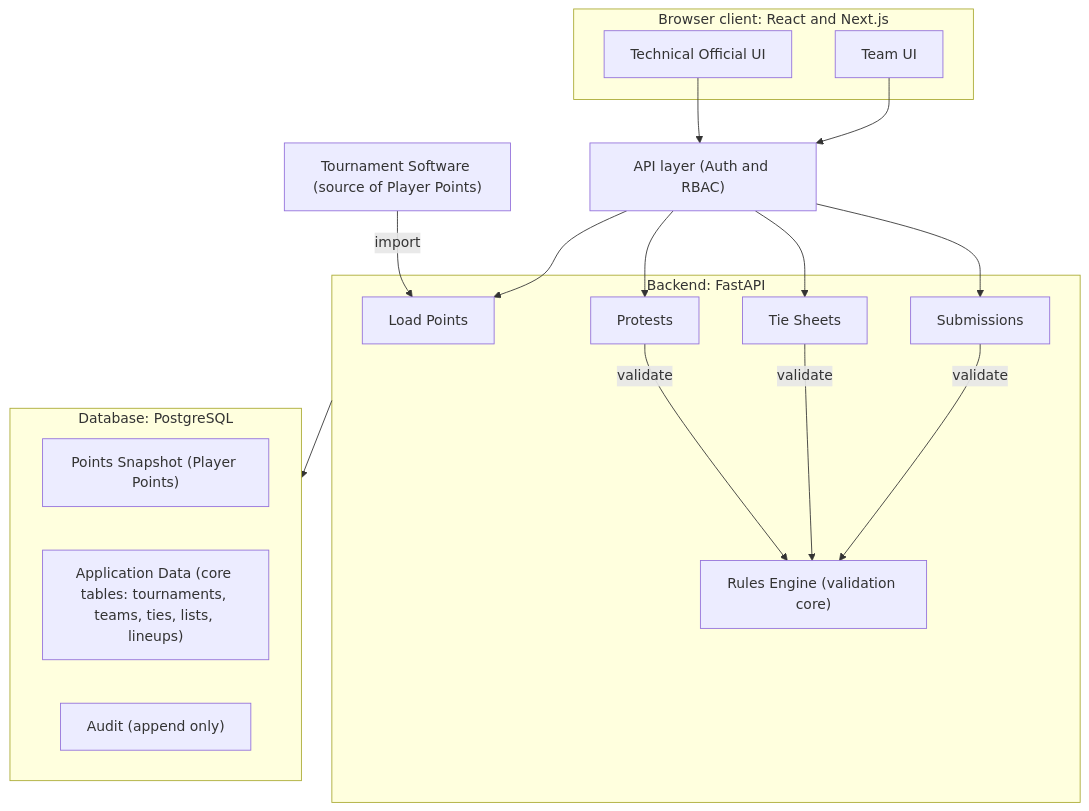
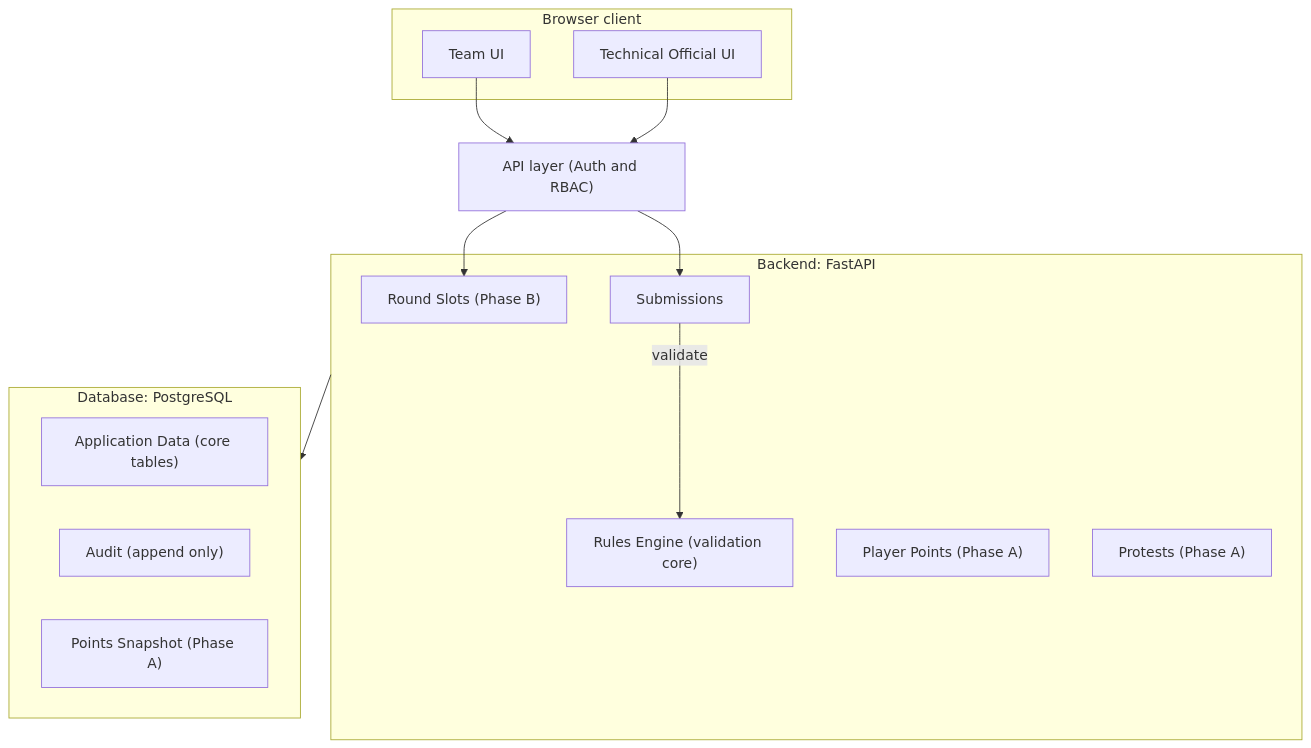
Before and after one commit to vincenttao04/badminton-nz-teams-be: the second of 6 diagrams in docs/technical.md, drawn with Mermaid. The commit also changed other lines of this file and 6 other files, not shown here.

````diff
--- a/docs/technical.md
+++ b/docs/technical.md
@@ -55,37 +59,30 @@
 ```mermaid
 flowchart TD
-    subgraph Client["Browser client: React and Next.js"]
+    subgraph Client["Browser client"]
         TUI["Team UI"]
         OUI["Technical Official UI"]
     end
 
     API["API layer (Auth and RBAC)"]
 
-    TS["Tournament Software (source of Player Points)"]
-
     subgraph Backend["Backend: FastAPI"]
-        LP["Load Points"]
+        SLOT["Round Slots (Phase B)"]
         SUB["Submissions"]
-        TSH["Tie Sheets"]
-        PRO["Protests"]
         RE["Rules Engine (validation core)"]
+        LP["Player Points (Phase A)"]
+        PRO["Protests (Phase A)"]
     end
 
     subgraph DB["Database: PostgreSQL"]
-        PS["Points Snapshot (Player Points)"]
-        AD["Application Data (core tables: tournaments, teams, ties, lists, lineups)"]
+        AD["Application Data (core tables)"]
         AU["Audit (append only)"]
+        PS["Points Snapshot (Phase A)"]
     end
 
     TUI --> API
     OUI --> API
-    API --> LP
+    API --> SLOT
     API --> SUB
-    API --> TSH
-    API --> PRO
-    TS -->|import| LP
     SUB -->|validate| RE
-    TSH -->|validate| RE
-    PRO -->|validate| RE
     Backend --> DB
 ```
````
